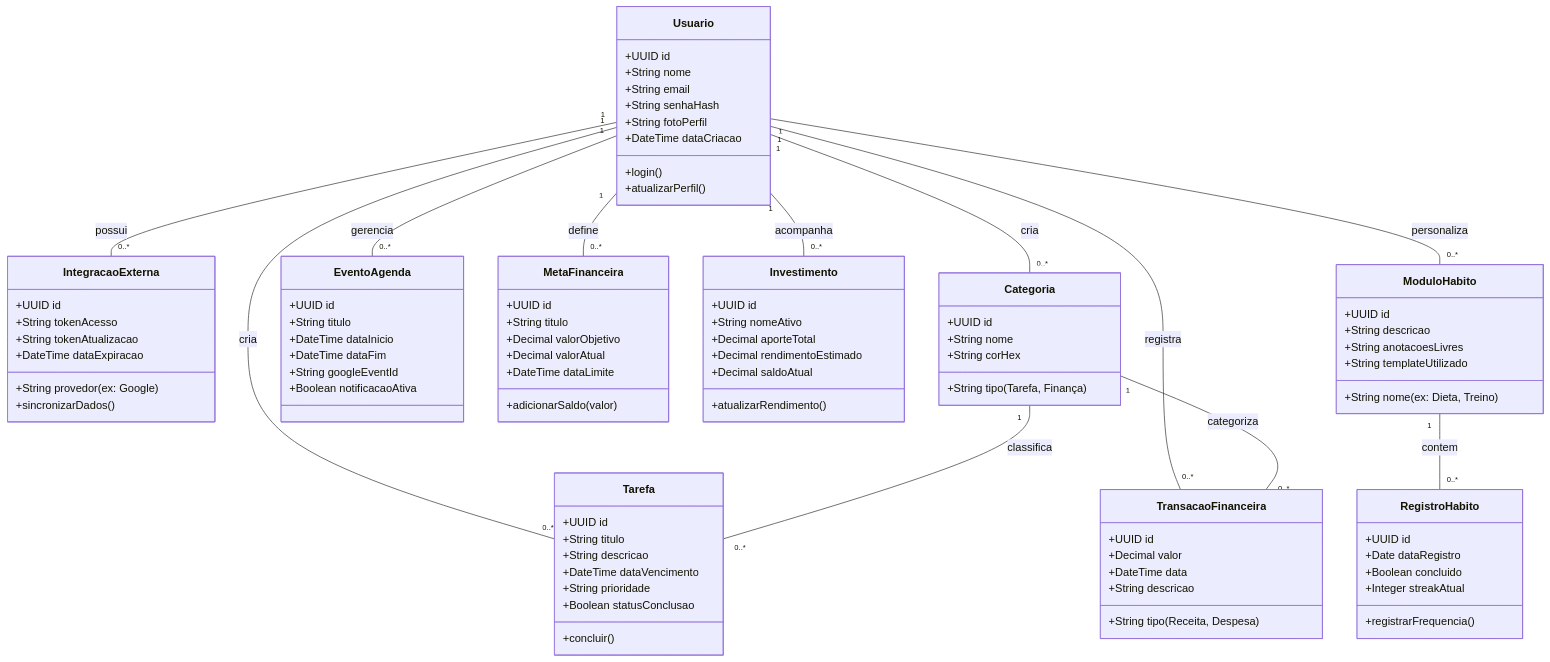
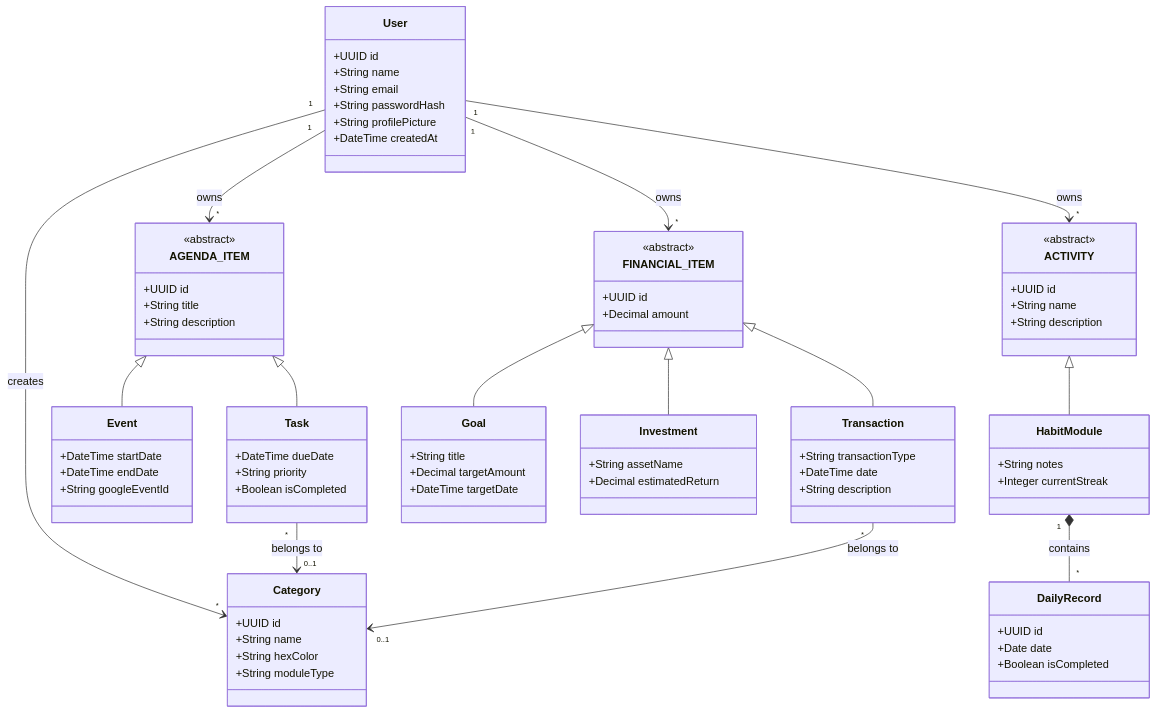
Before and after one commit to JPCabral04/MySelf: the diagram in modelagem.md, drawn with Mermaid. The commit also changed 1 other file, not shown here.

Commit message:
add entities

````diff
--- a/modelagem.md
+++ b/modelagem.md
@@ -1,105 +1,103 @@
 ```mermaid
 classDiagram
-class Usuario {
-+UUID id
-+String nome
-+String email
-+String senhaHash
-+String fotoPerfil
-+DateTime dataCriacao
-+login()
-+atualizarPerfil()
-}
-
-    class IntegracaoExterna {
+    %% --- MAIN CLASSES ---
+    class User {
         +UUID id
-        +String provedor (ex: Google)
-        +String tokenAcesso
-        +String tokenAtualizacao
-        +DateTime dataExpiracao
-        +sincronizarDados()
+        +String name
+        +String email
+        +String passwordHash
+        +String profilePicture
+        +DateTime createdAt
     }
 
-    class Categoria {
+    class Category {
         +UUID id
-        +String nome
-        +String corHex
-        +String tipo (Tarefa, Finança)
+        +String name
+        +String hexColor
+        +String moduleType
     }
 
-    class Tarefa {
+    %% --- SCHEDULE MODULE ---
+    class AGENDA_ITEM {
+        <<abstract>>
         +UUID id
-        +String titulo
-        +String descricao
-        +DateTime dataVencimento
-        +String prioridade
-        +Boolean statusConclusao
-        +concluir()
+        +String title
+        +String description
     }
 
-    class EventoAgenda {
-        +UUID id
-        +String titulo
-        +DateTime dataInicio
-        +DateTime dataFim
-        +String googleEventId
-        +Boolean notificacaoAtiva
+    class Task {
+        +DateTime dueDate
+        +String priority
+        +Boolean isCompleted
     }
 
-    class TransacaoFinanceira {
-        +UUID id
-        +Decimal valor
-        +String tipo (Receita, Despesa)
-        +DateTime data
-        +String descricao
+    class Event {
+        +DateTime startDate
+        +DateTime endDate
+        +String googleEventId
     }
 
-    class MetaFinanceira {
+    %% --- FINANCE MODULE ---
+    class FINANCIAL_ITEM {
+        <<abstract>>
         +UUID id
-        +String titulo
-        +Decimal valorObjetivo
-        +Decimal valorAtual
-        +DateTime dataLimite
-        +adicionarSaldo(valor)
+        +Decimal amount
     }
 
-    class Investimento {
-        +UUID id
-        +String nomeAtivo
-        +Decimal aporteTotal
-        +Decimal rendimentoEstimado
-        +Decimal saldoAtual
-        +atualizarRendimento()
+    class Transaction {
+        +String transactionType
+        +DateTime date
+        +String description
     }
 
-    class ModuloHabito {
-        +UUID id
-        +String nome (ex: Dieta, Treino)
-        +String descricao
-        +String anotacoesLivres
-        +String templateUtilizado
+    class Goal {
+        +String title
+        +Decimal targetAmount
+        +DateTime targetDate
     }
 
-    class RegistroHabito {
-        +UUID id
-        +Date dataRegistro
-        +Boolean concluido
-        +Integer streakAtual
-        +registrarFrequencia()
+    class Investment {
+        +String assetName
+        +Decimal estimatedReturn
     }
 
-    Usuario "1" -- "0..*" IntegracaoExterna : possui
-    Usuario "1" -- "0..*" Tarefa : cria
-    Usuario "1" -- "0..*" EventoAgenda : gerencia
-    Usuario "1" -- "0..*" TransacaoFinanceira : registra
-    Usuario "1" -- "0..*" MetaFinanceira : define
-    Usuario "1" -- "0..*" Investimento : acompanha
-    Usuario "1" -- "0..*" ModuloHabito : personaliza
-    Usuario "1" -- "0..*" Categoria : cria
+    %% --- ACTIVITIES & HABITS MODULE ---
+    class ACTIVITY {
+        <<abstract>>
+        +UUID id
+        +String name
+        +String description
+    }
 
-    Categoria "1" -- "0..*" Tarefa : classifica
-    Categoria "1" -- "0..*" TransacaoFinanceira : categoriza
+    class HabitModule {
+        +String notes
+        +Integer currentStreak
+    }
 
-    ModuloHabito "1" -- "0..*" RegistroHabito : contem
+    class DailyRecord {
+        +UUID id
+        +Date date
+        +Boolean isCompleted
+    }
 
+    %% --- INHERITANCE ---
+    AGENDA_ITEM <|-- Task
+    AGENDA_ITEM <|-- Event
+
+    FINANCIAL_ITEM <|-- Transaction
+    FINANCIAL_ITEM <|-- Goal
+    FINANCIAL_ITEM <|-- Investment
+
+    ACTIVITY <|-- HabitModule
+
+    %% --- RELATIONSHIPS ---
+    User "1" --> "*" AGENDA_ITEM : owns
+    User "1" --> "*" FINANCIAL_ITEM : owns
+    User "1" --> "*" ACTIVITY : owns
+    User "1" --> "*" Category : creates
+
+    Task "*" --> "0..1" Category : belongs to
+    Transaction "*" --> "0..1" Category : belongs to
+
+    HabitModule "1" *-- "*" DailyRecord : contains
 ```
````
